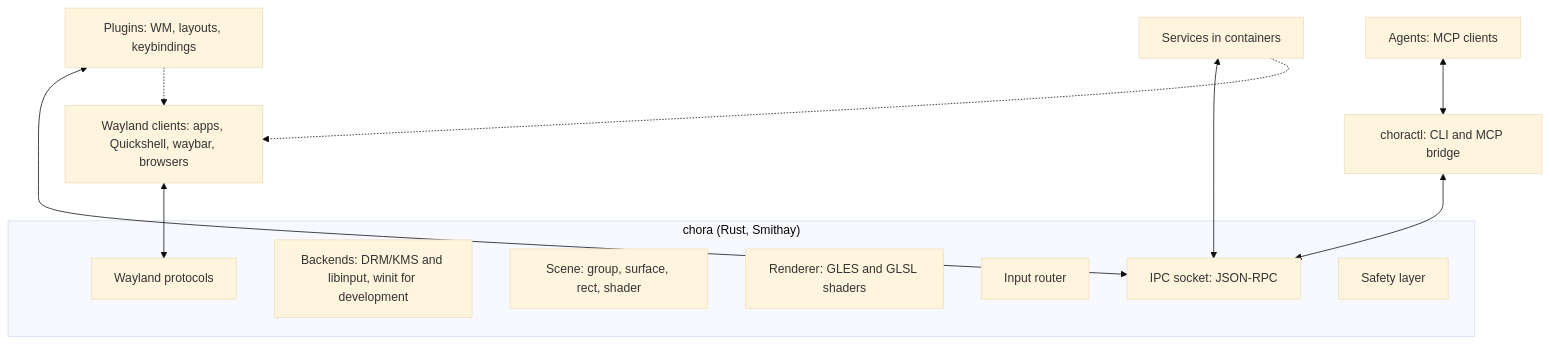
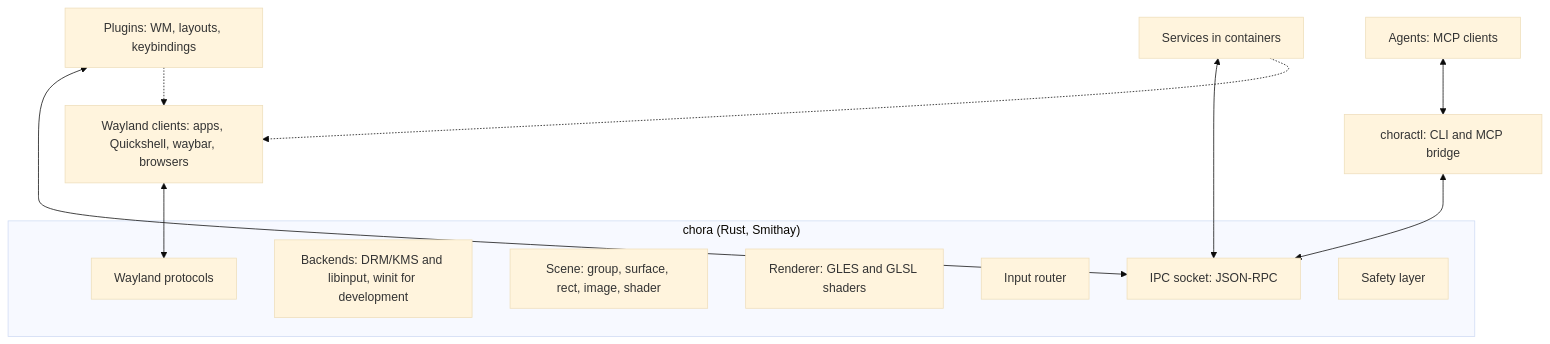
One commit to MArpogaus/chora changed the first of 2 diagrams in docs/architecture.md. Above: the diagram before and after it, drawn with Mermaid (base theme). The commit also changed 4 other files, not shown here.

````diff
--- a/docs/architecture.md
+++ b/docs/architecture.md
@@ -9,19 +9,19 @@
 ```mermaid
 flowchart TB
     subgraph core["chora (Rust, Smithay)"]
         protocols["Wayland protocols"]
         backends["Backends: DRM/KMS and libinput, winit for development"]
-        scene["Scene: group, surface, rect, shader"]
+        scene["Scene: group, surface, rect, image, shader"]
         render["Renderer: GLES and GLSL shaders"]
         input["Input router"]
         ipc["IPC socket: JSON-RPC"]
         safety["Safety layer"]
     end
     clients["Wayland clients: apps, Quickshell, waybar, browsers"] <--> protocols
     plugins["Plugins: WM, layouts, keybindings"] <--> ipc
     choractl["choractl: CLI and MCP bridge"] <--> ipc
     services["Services in containers"] <--> ipc
     agents["Agents: MCP clients"] <--> choractl
     services -.-> clients
     plugins -.-> clients
 ```
````
